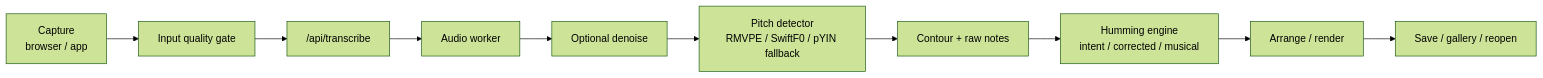
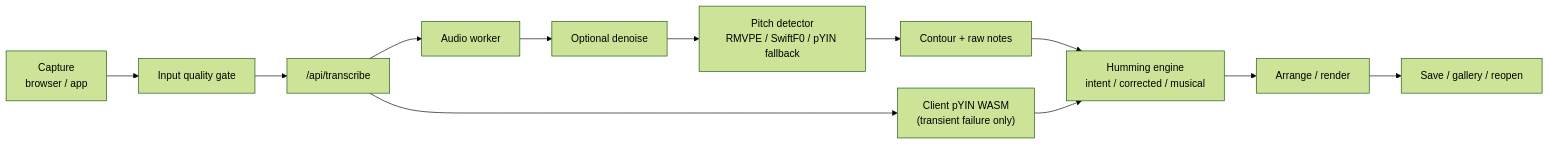
Before and after one commit to p-to-q/murmur: the diagram in docs/audio-architecture-loop.md, drawn with Mermaid (forest theme). The commit also changed other lines of this file and 24 other files, not shown here.

Commit message:
docs: v0.6.0 documentation update with client-side WASM fallback, observability, and architecture diagrams

````diff
--- a/docs/audio-architecture-loop.md
+++ b/docs/audio-architecture-loop.md
@@ -21,12 +21,14 @@
 ```mermaid
 flowchart LR
     capture["Capture\nbrowser / app"] --> gate["Input quality gate"]
     gate --> route["/api/transcribe"]
     route --> worker["Audio worker"]
+    route --> clientFallback["Client pYIN WASM\n(transient failure only)"]
     worker --> denoise["Optional denoise"]
     denoise --> pitch["Pitch detector\nRMVPE / SwiftF0 / pYIN fallback"]
     pitch --> contour["Contour + raw notes"]
     contour --> engine["Humming engine\nintent / corrected / musical"]
+    clientFallback --> engine
     engine --> arrange["Arrange / render"]
     arrange --> save["Save / gallery / reopen"]
 ```
````
